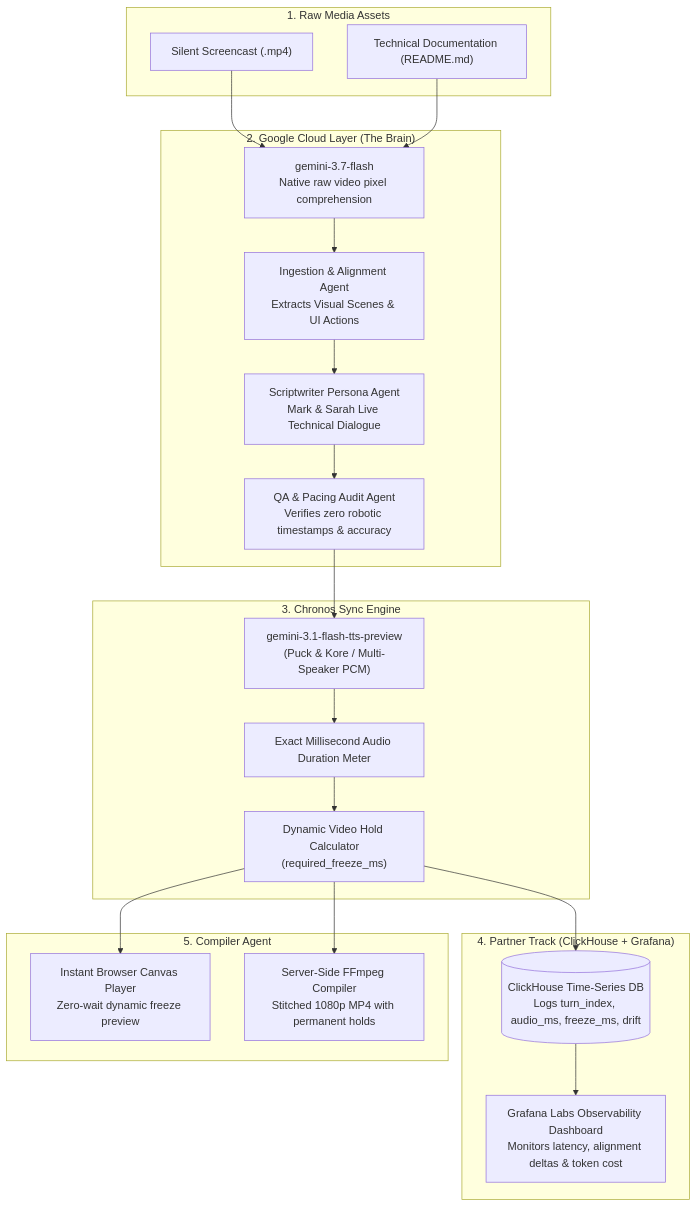
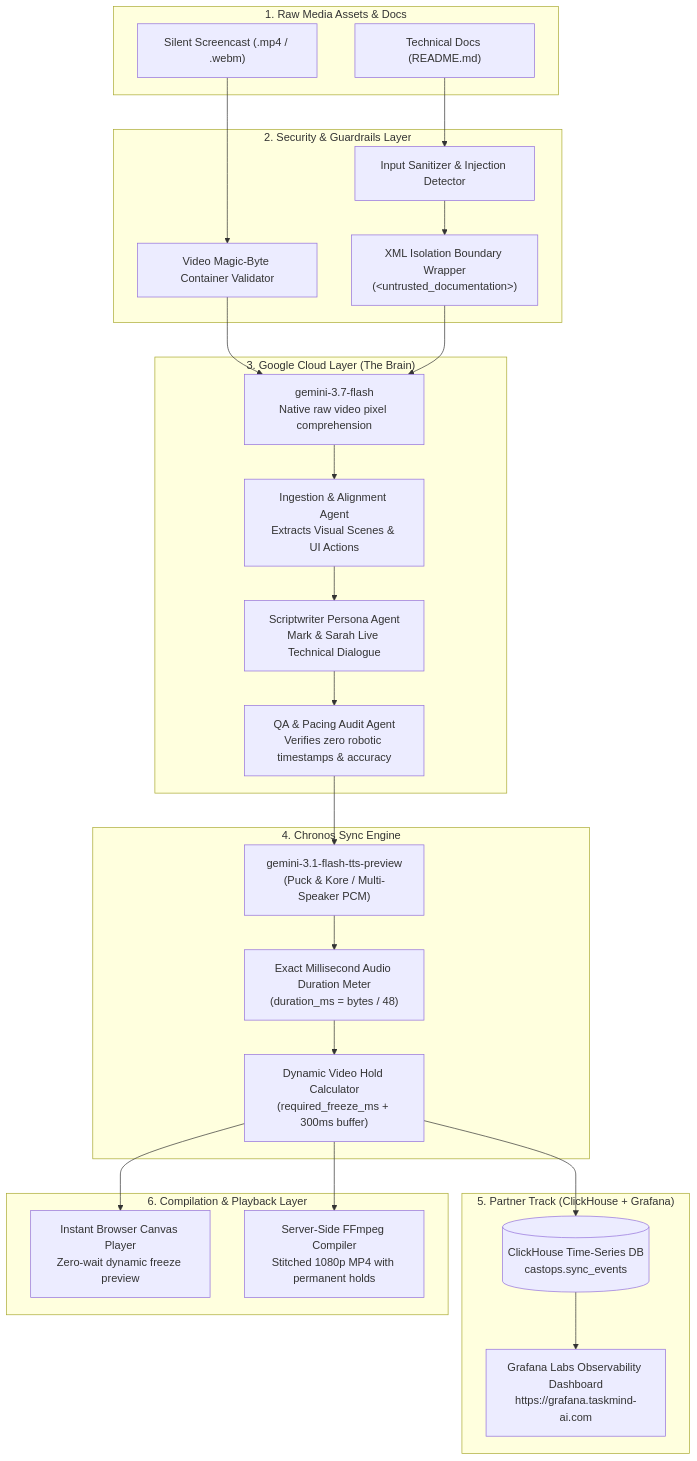
The diagram in README.md (tdk67/frame-talk), drawn with Mermaid before and after one commit. The commit also changed other lines of this file and 24 other files, not shown here.

Commit message:
adding more grafana diagrams for usage costs and user data aggregation

````diff
--- a/README.md
+++ b/README.md
@@ -26,41 +33,48 @@
 ```mermaid
 flowchart TD
-    subgraph Inputs["1. Raw Media Assets"]
-        V["Silent Screencast (.mp4)"]
-        R["Technical Documentation (README.md)"]
+    subgraph Inputs["1. Raw Media Assets & Docs"]
+        V["Silent Screencast (.mp4 / .webm)"]
+        R["Technical Docs (README.md)"]
     end
 
-    subgraph GoogleBrain["2. Google Cloud Layer (The Brain)"]
+    subgraph Guardrails["2. Security & Guardrails Layer"]
+        SG["Input Sanitizer & Injection Detector"]
+        VB["Video Magic-Byte Container Validator"]
+        XML["XML Isolation Boundary Wrapper<br/>(&lt;untrusted_documentation&gt;)"]
+    end
+
+    subgraph GoogleBrain["3. Google Cloud Layer (The Brain)"]
         G["gemini-3.7-flash<br/>Native raw video pixel comprehension"]
         A1["Ingestion & Alignment Agent<br/>Extracts Visual Scenes & UI Actions"]
         A2["Scriptwriter Persona Agent<br/>Mark & Sarah Live Technical Dialogue"]
         A3["QA & Pacing Audit Agent<br/>Verifies zero robotic timestamps & accuracy"]
     end
 
-    subgraph ChronosSync["3. Chronos Sync Engine"]
+    subgraph ChronosSync["4. Chronos Sync Engine"]
         TTS["gemini-3.1-flash-tts-preview<br/>(Puck & Kore / Multi-Speaker PCM)"]
-        MS["Exact Millisecond Audio Duration Meter"]
-        CALC["Dynamic Video Hold Calculator<br/>(required_freeze_ms)"]
+        MS["Exact Millisecond Audio Duration Meter<br/>(duration_ms = bytes / 48)"]
+        CALC["Dynamic Video Hold Calculator<br/>(required_freeze_ms + 300ms buffer)"]
     end
 
-    subgraph PartnerTrack["4. Partner Track (ClickHouse + Grafana)"]
-        CH[("ClickHouse Time-Series DB<br/>Logs turn_index, audio_ms, freeze_ms, drift")]
-        GF["Grafana Labs Observability Dashboard<br/>Monitors latency, alignment deltas & token cost"]
+    subgraph PartnerTrack["5. Partner Track (ClickHouse + Grafana)"]
+        CH[("ClickHouse Time-Series DB<br/>castops.sync_events")]
+        GF["Grafana Labs Observability Dashboard<br/>https://grafana.taskmind-ai.com"]
     end
 
-    subgraph Compilation["5. Compiler Agent"]
+    subgraph Compilation["6. Compilation & Playback Layer"]
         CP["Instant Browser Canvas Player<br/>Zero-wait dynamic freeze preview"]
         FF["Server-Side FFmpeg Compiler<br/>Stitched 1080p MP4 with permanent holds"]
     end
 
-    V & R --> G
+    V --> VB --> G
+    R --> SG --> XML --> G
     G --> A1
     A1 --> A2
     A2 --> A3
     A3 --> TTS
     TTS --> MS
     MS --> CALC
     CALC --> CH
     CH --> GF
     CALC --> CP & FF
 ```
````
